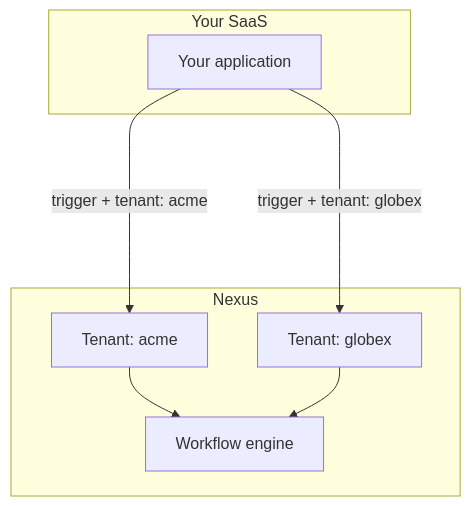
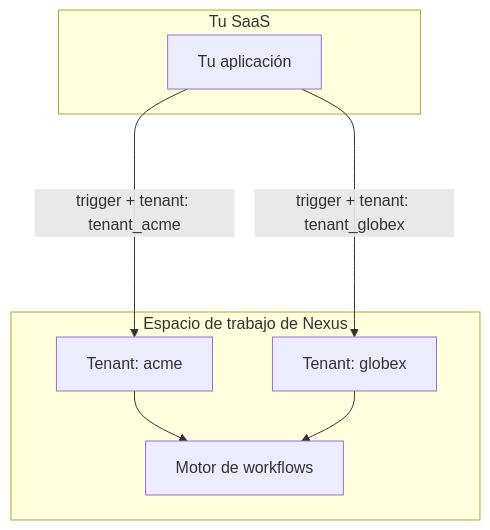
Before and after one commit to KriyanshKhunt/nexus_docs: the diagram in content/docs/es/platform/guides/b2b-multi-tenant.mdx, drawn with Mermaid. The commit also changed other lines of this file and 24 other files, not shown here.

````diff
--- a/content/docs/es/platform/guides/b2b-multi-tenant.mdx
+++ b/content/docs/es/platform/guides/b2b-multi-tenant.mdx
@@ -10,15 +12,15 @@
 ```mermaid
 flowchart TB
-  subgraph Your SaaS
-    App[Your application]
+  subgraph Your SaaS [Tu SaaS]
+    App[Tu aplicación]
   end
-  subgraph Nexus
+  subgraph Nexus Workspace [Espacio de trabajo de Nexus]
     T1[Tenant: acme]
     T2[Tenant: globex]
-    W[Workflow engine]
+    W[Motor de workflows]
   end
-  App ---->|trigger + tenant: acme| T1
-  App ---->|trigger + tenant: globex| T2
+  App ---->|trigger + tenant: tenant_acme| T1
+  App ---->|trigger + tenant: tenant_globex| T2
   T1 --> W
   T2 --> W
 ```
````
